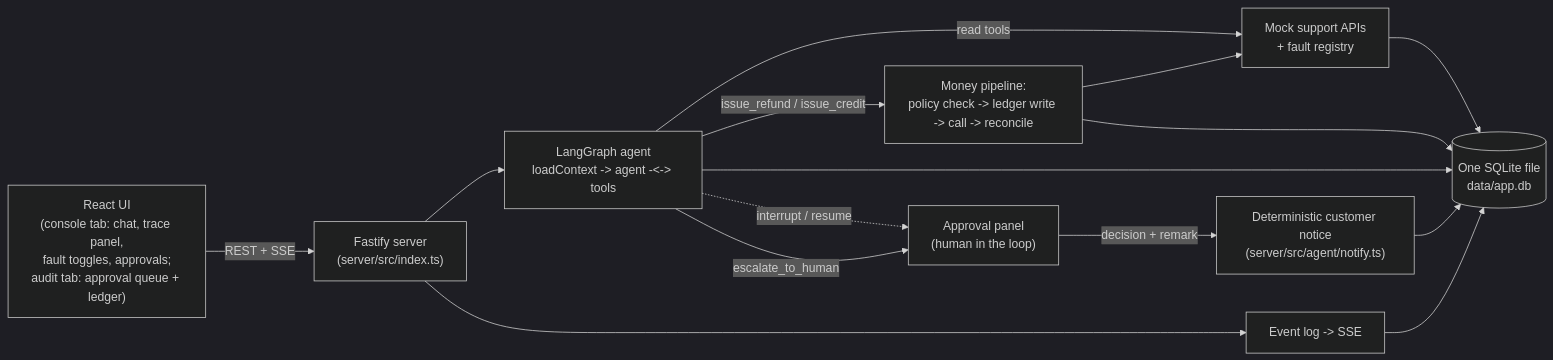
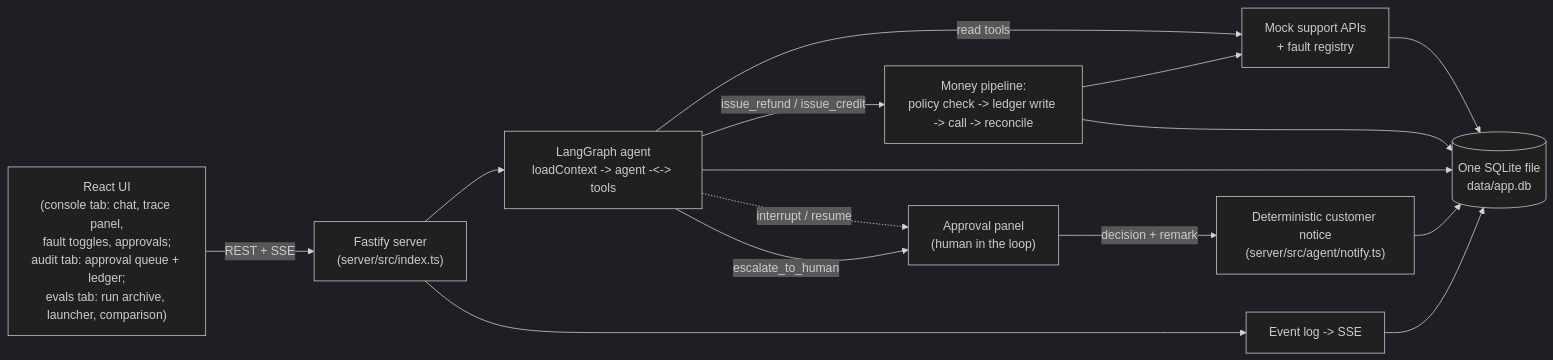
One commit to sourabhbagrecha/CustomerSupportAgent changed the diagram in README.md. Above: the diagram before and after it, drawn with Mermaid (dark theme). The commit also changed other lines of this file and 37 other files, not shown here.

````diff
--- a/README.md
+++ b/README.md
@@ -38,17 +38,17 @@
 ```mermaid
 flowchart LR
-    UI["React UI<br/>(console tab: chat, trace panel,<br/>fault toggles, approvals;<br/>audit tab: approval queue + ledger)"] -->|REST + SSE| API["Fastify server<br/>(server/src/index.ts)"]
+    UI["React UI<br/>(console tab: chat, trace panel,<br/>fault toggles, approvals;<br/>audit tab: approval queue + ledger;<br/>evals tab: run archive, launcher, comparison)"] -->|REST + SSE| API["Fastify server<br/>(server/src/index.ts)"]
     API --> Graph["LangGraph agent<br/>loadContext -&gt; agent -&lt;-&gt; tools"]
     Graph -->|read tools| Mock["Mock support APIs<br/>+ fault registry"]
     Graph -->|issue_refund / issue_credit| Pipeline["Money pipeline:<br/>policy check -&gt; ledger write -&gt; call -&gt; reconcile"]
     Pipeline --> Mock
     Pipeline --> DB[("One SQLite file<br/>data/app.db")]
     Mock --> DB
     Graph --> DB
     API --> Events["Event log -&gt; SSE"]
     Events --> DB
     Graph -.->|interrupt / resume| Approval["Approval panel<br/>(human in the loop)"]
     Graph -->|escalate_to_human| Approval
     Approval -->|decision + remark| Notify["Deterministic customer notice<br/>(server/src/agent/notify.ts)"]
     Notify --> DB
 ```
````
